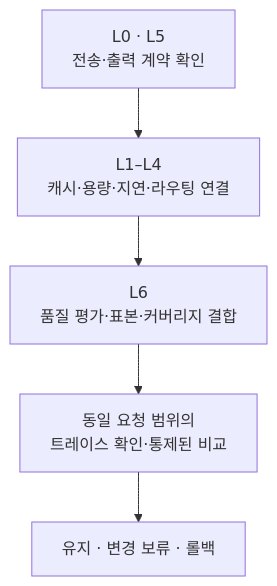
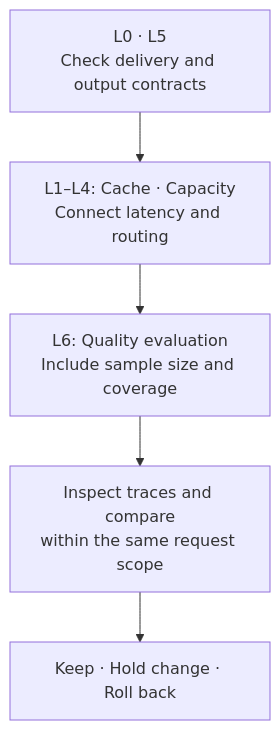
One commit to devfloor9/engineering-playbook changed the diagram in docs/agentic-ai-platform/operations-mlops/observability/llm-serving-optimization-monitoring.md. Above: the diagram before and after it, drawn with Mermaid. The commit also changed other lines of this file and 954 other files, not shown here.

````diff
--- a/docs/agentic-ai-platform/operations-mlops/observability/llm-serving-optimization-monitoring.md
+++ b/docs/agentic-ai-platform/operations-mlops/observability/llm-serving-optimization-monitoring.md
@@ -61,9 +63,9 @@
 ```mermaid
 flowchart TB
-    A["L0 · L5<br/>전송·출력 계약 확인"]
-    B["L1–L4<br/>캐시·용량·지연·라우팅 연결"]
-    C["L6<br/>품질 평가·표본·커버리지 결합"]
-    D["동일 요청 범위의<br/>트레이스 확인·통제된 비교"]
-    E["유지 · 변경 보류 · 롤백"]
+    A["L0 · L5<br/>Check delivery and output contracts"]
+    B["L1–L4: Cache · Capacity<br/>Connect latency and routing"]
+    C["L6: Quality evaluation<br/>Include sample size and coverage"]
+    D["Inspect traces and compare<br/>within the same request scope"]
+    E["Keep · Hold change · Roll back"]
     A --> B --> C --> D --> E
 ```
````
